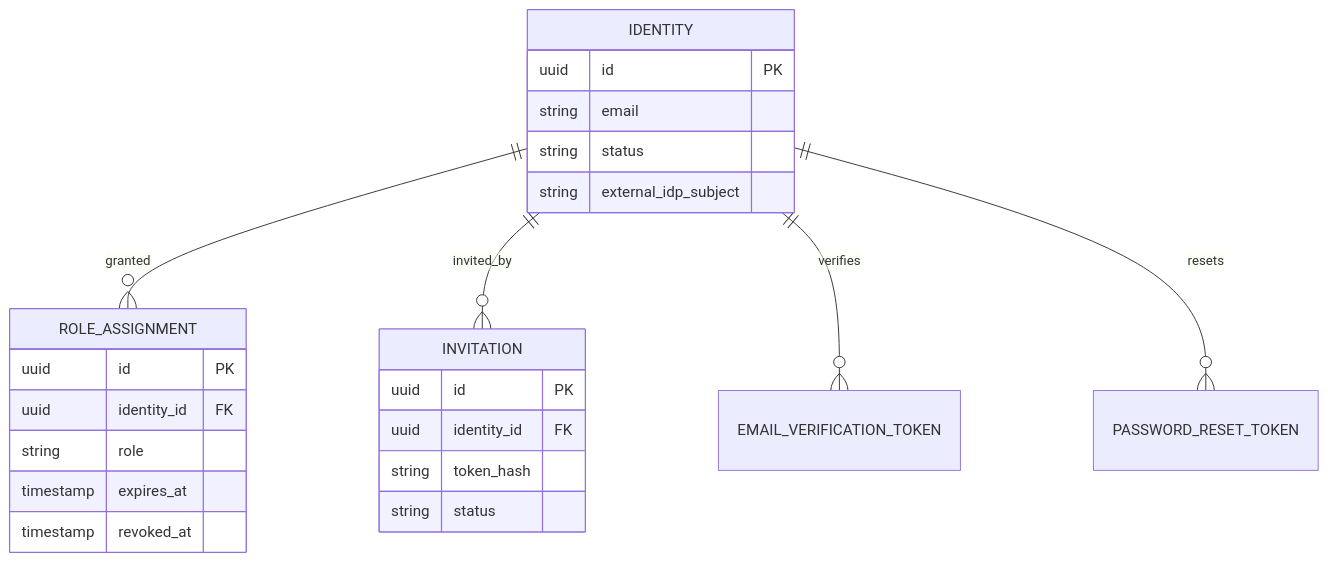
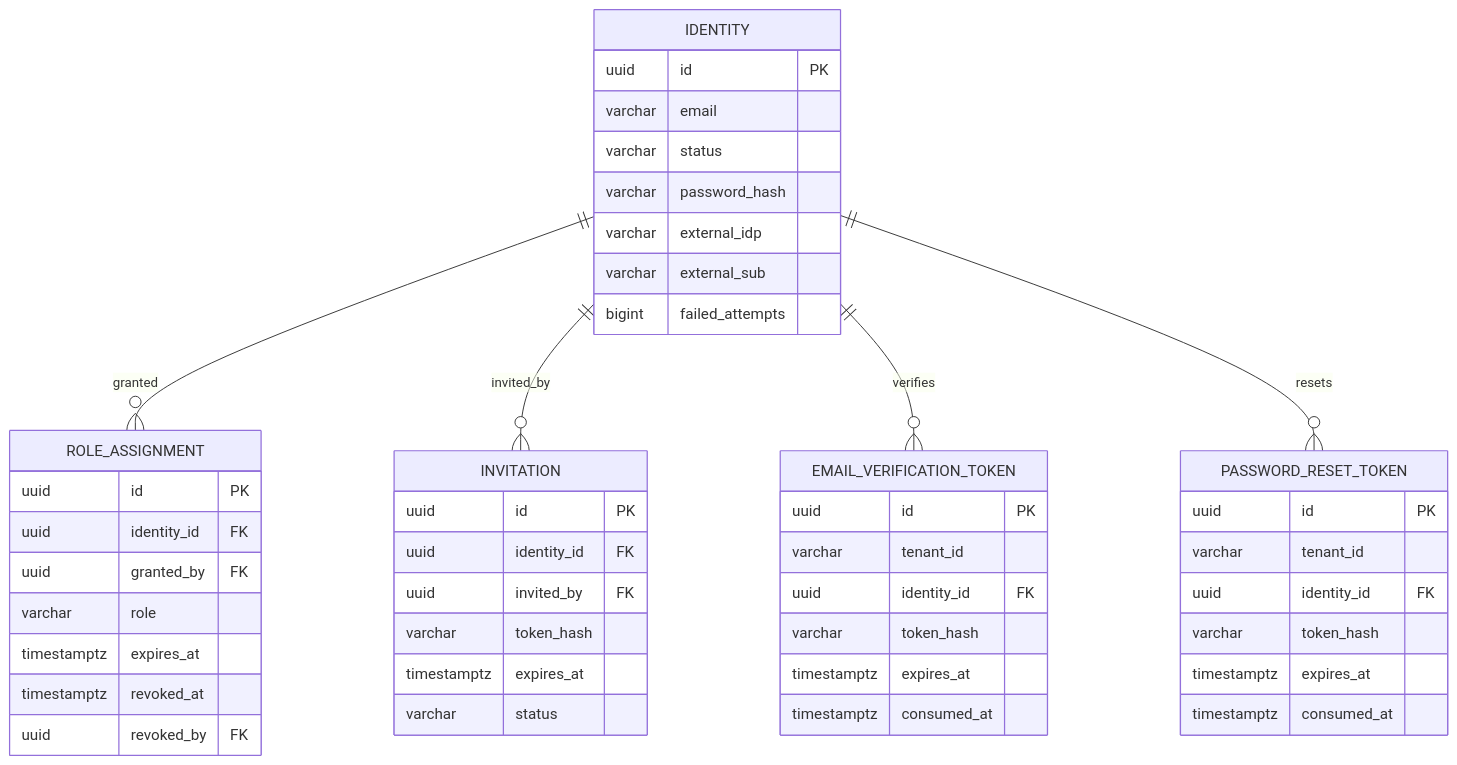
One commit to meridianhub/meridian changed the third of 13 diagrams in docs/architecture/data-model.md. Above: the diagram before and after it, drawn with Mermaid. The commit also changed other lines of this file, not shown here.

First line of the commit message:
docs: Fill ER diagram attribute blocks with canonical schema

````diff
--- a/docs/architecture/data-model.md
+++ b/docs/architecture/data-model.md
@@ -324,26 +385,49 @@
 ```mermaid
 erDiagram
     IDENTITY ||--o{ ROLE_ASSIGNMENT : granted
     IDENTITY ||--o{ INVITATION : invited_by
     IDENTITY ||--o{ EMAIL_VERIFICATION_TOKEN : verifies
     IDENTITY ||--o{ PASSWORD_RESET_TOKEN : resets
     IDENTITY {
         uuid id PK
-        string email
-        string status
-        string external_idp_subject
+        varchar email
+        varchar status
+        varchar password_hash
+        varchar external_idp
+        varchar external_sub
+        bigint failed_attempts
     }
     ROLE_ASSIGNMENT {
         uuid id PK
         uuid identity_id FK
-        string role
-        timestamp expires_at
-        timestamp revoked_at
+        uuid granted_by FK
+        varchar role
+        timestamptz expires_at
+        timestamptz revoked_at
+        uuid revoked_by FK
     }
     INVITATION {
         uuid id PK
         uuid identity_id FK
-        string token_hash
-        string status
+        uuid invited_by FK
+        varchar token_hash
+        timestamptz expires_at
+        varchar status
+    }
+    EMAIL_VERIFICATION_TOKEN {
+        uuid id PK
+        varchar tenant_id
+        uuid identity_id FK
+        varchar token_hash
+        timestamptz expires_at
+        timestamptz consumed_at
+    }
+    PASSWORD_RESET_TOKEN {
+        uuid id PK
+        varchar tenant_id
+        uuid identity_id FK
+        varchar token_hash
+        timestamptz expires_at
+        timestamptz consumed_at
     }
 ```
````
